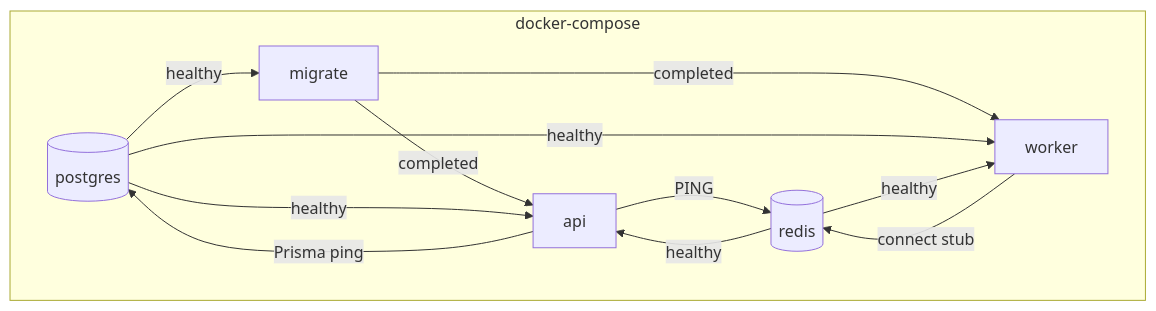
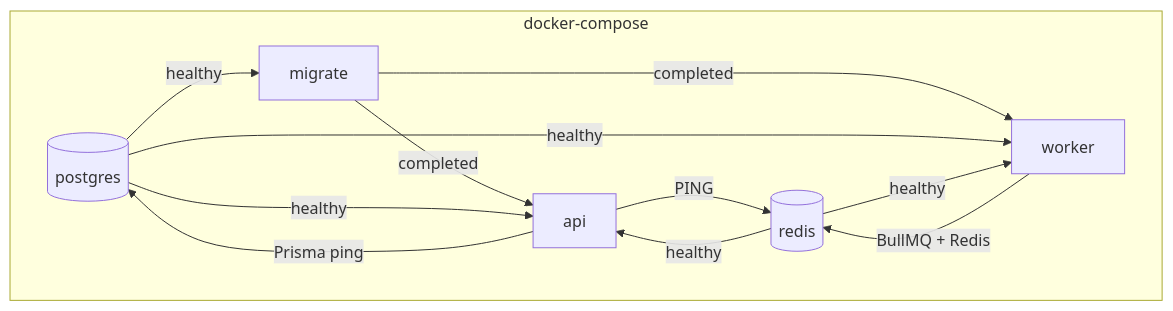
The first of 2 diagrams in docs/architecture/overview.md (julianmeoficial/Quantia_API), drawn with Mermaid before and after one commit. The commit also changed other lines of this file and 13 other files, not shown here.

````diff
--- a/docs/architecture/overview.md
+++ b/docs/architecture/overview.md
@@ -52,22 +52,22 @@
 ```mermaid
 flowchart TB
   subgraph compose [docker-compose]
     PG[(postgres)]
     RD[(redis)]
     MIG[migrate]
     API[api]
     WRK[worker]
   end
 
   PG -->|healthy| MIG
   MIG -->|completed| API
   MIG -->|completed| WRK
   PG -->|healthy| API
   RD -->|healthy| API
   PG -->|healthy| WRK
   RD -->|healthy| WRK
 
   API -->|Prisma ping| PG
   API -->|PING| RD
-  WRK -->|connect stub| RD
+  WRK -->|BullMQ + Redis| RD
 ```
````
